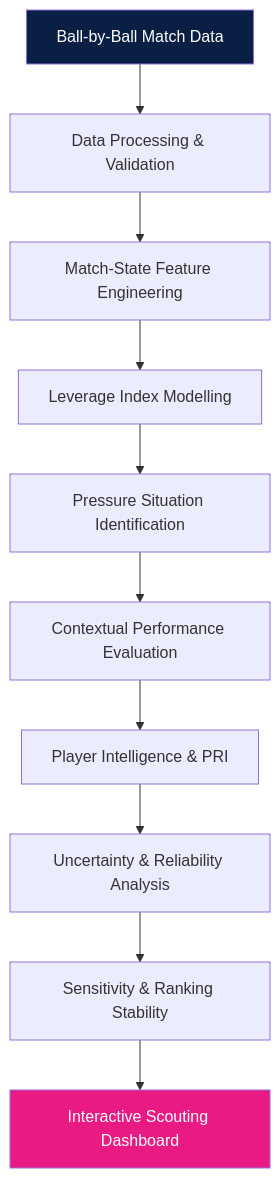
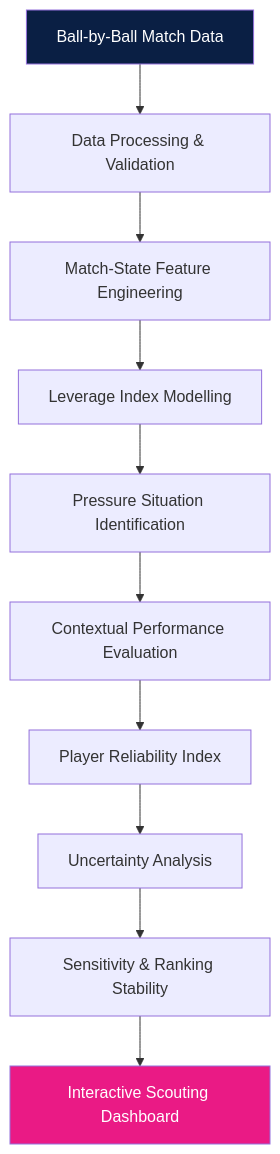
The diagram in README.md (yogitha-singh/PLAYBOOK-27), drawn with Mermaid before and after one commit. The commit also changed other lines of this file, not shown here.

````diff
--- a/README.md
+++ b/README.md
@@ -113,15 +281,19 @@
 ```mermaid
 flowchart TD
-    A["Ball-by-Ball Match Data"] --> B["Data Processing & Validation"]
-    B --> C["Match-State Feature Engineering"]
-    C --> D["Leverage Index Modelling"]
-    D --> E["Pressure Situation Identification"]
-    E --> F["Contextual Performance Evaluation"]
-    F --> G["Player Intelligence & PRI"]
-    G --> H["Uncertainty & Reliability Analysis"]
-    H --> I["Sensitivity & Ranking Stability"]
-    I --> J["Interactive Scouting Dashboard"]
+    A["Ball-by-Ball Match Data"]
+    B["Data Processing & Validation"]
+    C["Match-State Feature Engineering"]
+    D["Leverage Index Modelling"]
+    E["Pressure Situation Identification"]
+    F["Contextual Performance Evaluation"]
+    G["Player Reliability Index"]
+    H["Uncertainty Analysis"]
+    I["Sensitivity & Ranking Stability"]
+    J["Interactive Scouting Dashboard"]
+
+    A --> B --> C --> D --> E
+    E --> F --> G --> H --> I --> J
 
     style A fill:#0A1F44,color:#fff
     style J fill:#EA1A85,color:#fff
 ```
````
